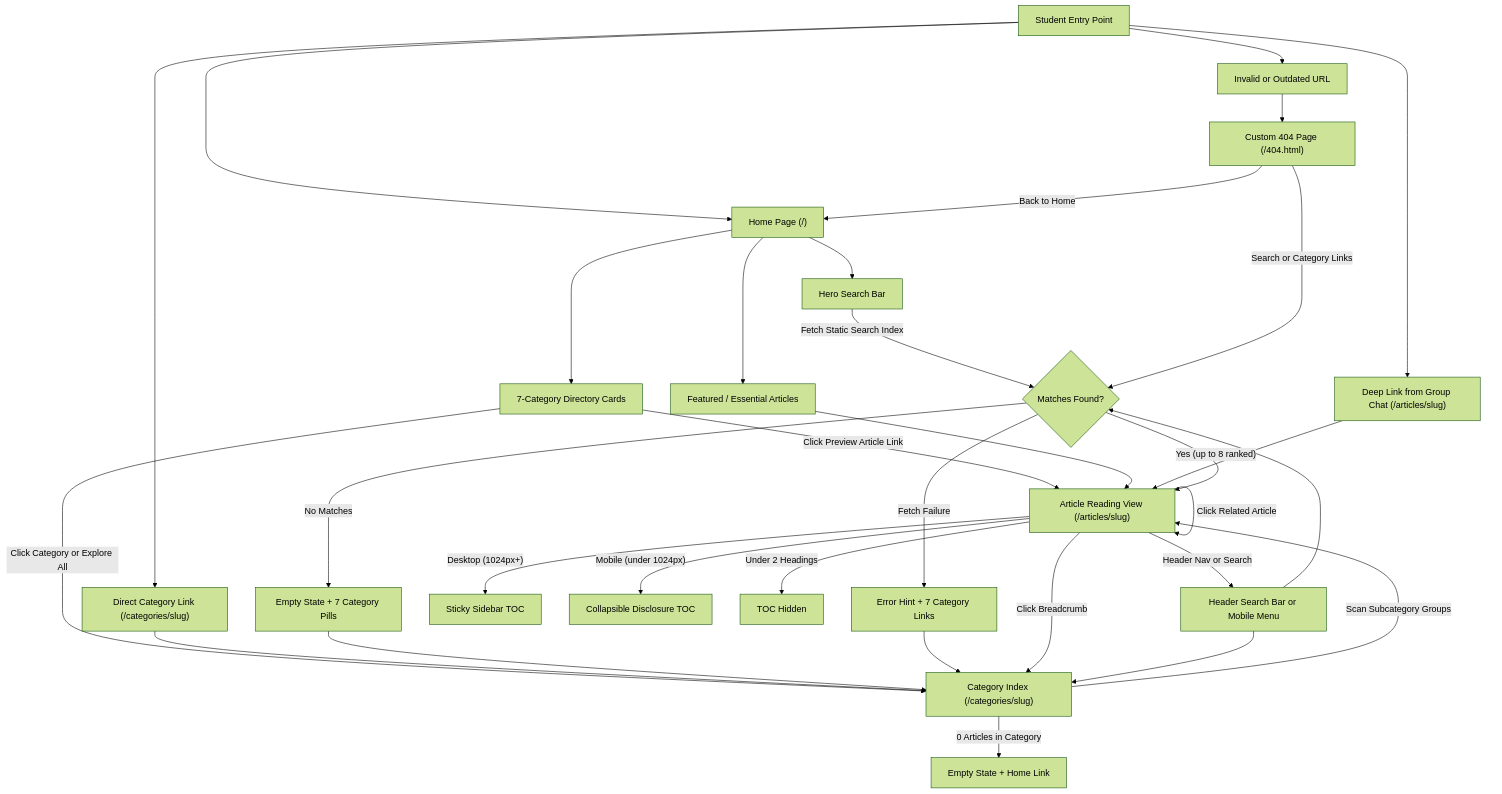
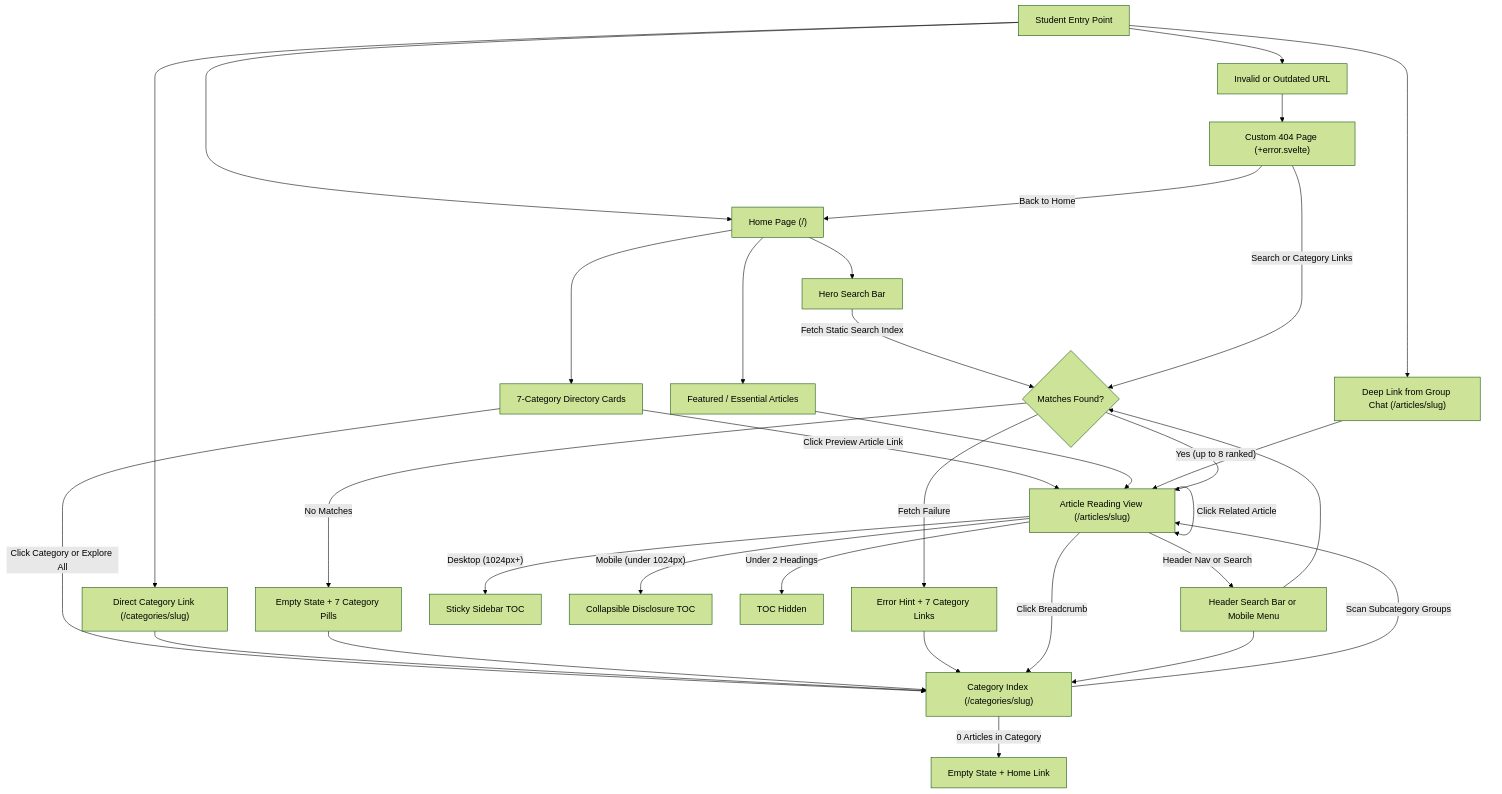
The first of 2 diagrams in docs/USER_FLOWS.md (bulsutools/geary), drawn with Mermaid (forest theme) before and after one commit. The commit also changed other lines of this file and 6 other files, not shown here.

````diff
--- a/docs/USER_FLOWS.md
+++ b/docs/USER_FLOWS.md
@@ -38,40 +38,40 @@
 ```mermaid
 flowchart TD
     ENTRY["Student Entry Point"] --> HOME["Home Page (/)"]
     ENTRY --> CAT_IN["Direct Category Link (/categories/slug)"]
     ENTRY --> ART_IN["Deep Link from Group Chat (/articles/slug)"]
     ENTRY --> BAD_URL["Invalid or Outdated URL"]
 
     HOME --> HERO_SRCH["Hero Search Bar"]
     HOME --> FEAT["Featured / Essential Articles"]
     HOME --> DIR["7-Category Directory Cards"]
 
     DIR -->|"Click Category or Explore All"| CAT_PAGE["Category Index (/categories/slug)"]
     DIR -->|"Click Preview Article Link"| ART_PAGE["Article Reading View (/articles/slug)"]
     CAT_IN --> CAT_PAGE
     FEAT --> ART_PAGE
     ART_IN --> ART_PAGE
 
     CAT_PAGE -->|"Scan Subcategory Groups"| ART_PAGE
     CAT_PAGE -->|"0 Articles in Category"| CAT_EMPTY["Empty State + Home Link"]
 
     HERO_SRCH -->|"Fetch Static Search Index"| MATCH{"Matches Found?"}
     MATCH -->|"Yes (up to 8 ranked)"| ART_PAGE
     MATCH -->|"No Matches"| NO_MATCH["Empty State + 7 Category Pills"]
     MATCH -->|"Fetch Failure"| FETCH_ERR["Error Hint + 7 Category Links"]
     NO_MATCH --> CAT_PAGE
     FETCH_ERR --> CAT_PAGE
 
     ART_PAGE -->|"Desktop (1024px+)"| TOC_D["Sticky Sidebar TOC"]
     ART_PAGE -->|"Mobile (under 1024px)"| TOC_M["Collapsible Disclosure TOC"]
     ART_PAGE -->|"Under 2 Headings"| NO_TOC["TOC Hidden"]
     ART_PAGE -->|"Click Breadcrumb"| CAT_PAGE
     ART_PAGE -->|"Click Related Article"| ART_PAGE
     ART_PAGE -->|"Header Nav or Search"| HDR_SRCH["Header Search Bar or Mobile Menu"]
     HDR_SRCH --> MATCH
     HDR_SRCH --> CAT_PAGE
 
-    BAD_URL --> P404["Custom 404 Page (/404.html)"]
+    BAD_URL --> P404["Custom 404 Page (+error.svelte)"]
     P404 -->|"Search or Category Links"| MATCH
     P404 -->|"Back to Home"| HOME
 ```
````
